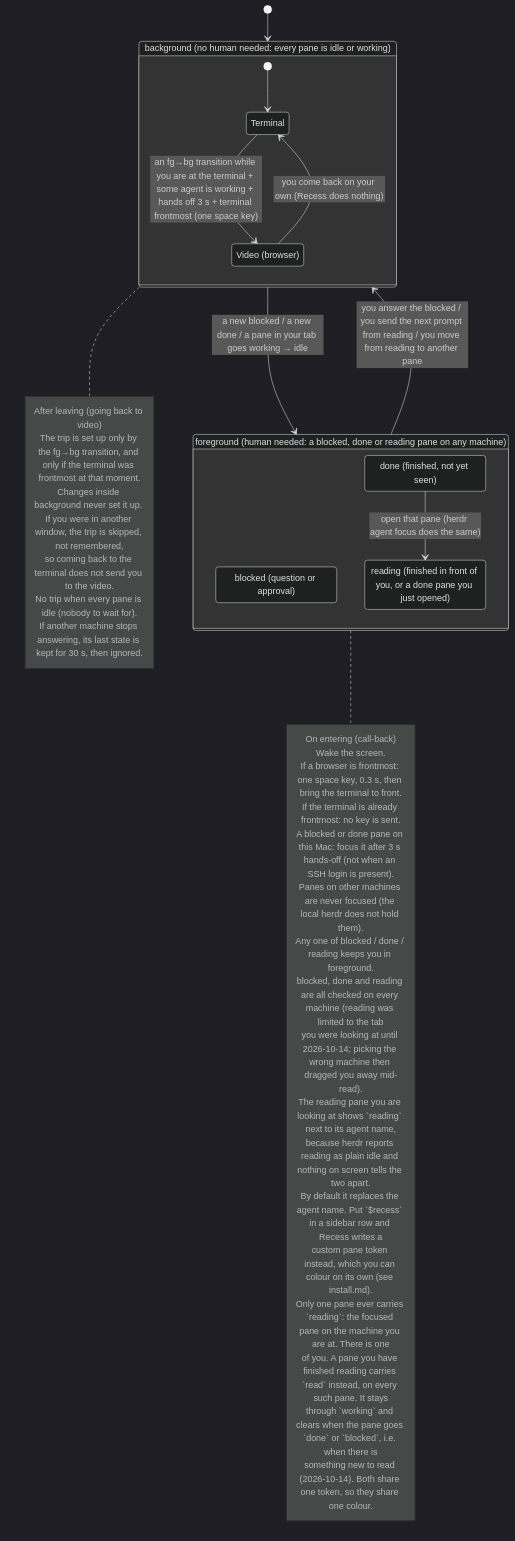
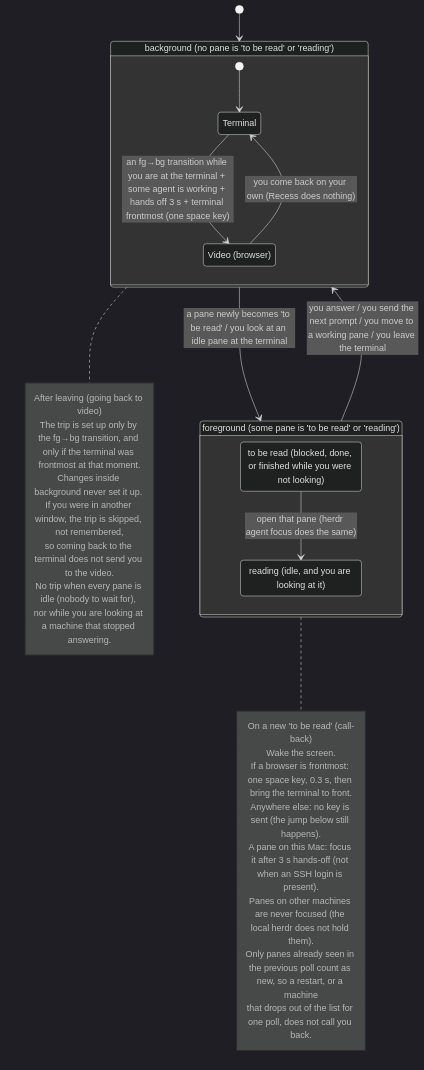
The first of 2 diagrams in docs/spec.md (tatsuro-ueda/recess), drawn with Mermaid (dark theme) before and after one commit. The commit also changed other lines of this file and 5 other files, not shown here.

````diff
--- a/docs/spec.md
+++ b/docs/spec.md
@@ -11,52 +24,41 @@
 ```mermaid
 stateDiagram-v2
     direction TB
 
-    state "background (no human needed: every pane is idle or working)" as bg {
+    state "background (no pane is 'to be read' or 'reading')" as bg {
         state "Terminal" as term
         state "Video (browser)" as nf
         [*] --> term
         term --> nf : an fg→bg transition while you are at the terminal + some agent is working + hands off 3 s + terminal frontmost (one space key)
         nf --> term : you come back on your own (Recess does nothing)
     }
 
-    state "foreground (human needed: a blocked, done or reading pane on any machine)" as fg {
-        state "blocked (question or approval)" as blocked
-        state "done (finished, not yet seen)" as done
-        state "reading (finished in front of you, or a done pane you just opened)" as reading
-        done --> reading : open that pane (herdr agent focus does the same)
+    state "foreground (some pane is 'to be read' or 'reading')" as fg {
+        state "to be read (blocked, done, or finished while you were not looking)" as tbr
+        state "reading (idle, and you are looking at it)" as reading
+        tbr --> reading : open that pane (herdr agent focus does the same)
     }
 
     [*] --> bg
-    bg --> fg : a new blocked / a new done / a pane in your tab goes working → idle
-    fg --> bg : you answer the blocked / you send the next prompt from reading / you move from reading to another pane
+    bg --> fg : a pane newly becomes 'to be read' / you look at an idle pane at the terminal
+    fg --> bg : you answer / you send the next prompt / you move to a working pane / you leave the terminal
 
     note right of fg
-        On entering (call-back)
+        On a new 'to be read' (call-back)
         Wake the screen.
         If a browser is frontmost: one space key, 0.3 s, then bring the terminal to front.
-        If the terminal is already frontmost: no key is sent.
-        A blocked or done pane on this Mac: focus it after 3 s hands-off (not when an SSH login is present).
+        Anywhere else: no key is sent (the jump below still happens).
+        A pane on this Mac: focus it after 3 s hands-off (not when an SSH login is present).
         Panes on other machines are never focused (the local herdr does not hold them).
-        Any one of blocked / done / reading keeps you in foreground.
-        blocked, done and reading are all checked on every machine (reading was limited to the tab
-        you were looking at until 2026-10-14; picking the wrong machine then dragged you away mid-read).
-        The reading pane you are looking at shows `reading` next to its agent name,
-        because herdr reports reading as plain idle and nothing on screen tells the two apart.
-        By default it replaces the agent name. Put `$recess` in a sidebar row and Recess writes a
-        custom pane token instead, which you can colour on its own (see install.md).
-        Only one pane ever carries `reading`: the focused pane on the machine you are at. There is one
-        of you. A pane you have finished reading carries `read` instead, on every such pane. It stays
-        through `working` and clears when the pane goes `done` or `blocked`, i.e. when there is
-        something new to read (2026-10-14). Both share one token, so they share one colour.
+        Only panes already seen in the previous poll count as new, so a restart, or a machine
+        that drops out of the list for one poll, does not call you back.
     end note
 
     note right of bg
         After leaving (going back to video)
         The trip is set up only by the fg→bg transition, and only if the terminal was frontmost at that moment.
         Changes inside background never set it up. If you were in another window, the trip is skipped, not remembered,
         so coming back to the terminal does not send you to the video.
-        No trip when every pane is idle (nobody to wait for).
-        If another machine stops answering, its last state is kept for 30 s, then ignored.
+        No trip when every pane is idle (nobody to wait for), nor while you are looking at a machine that stopped answering.
     end note
 ```
````
